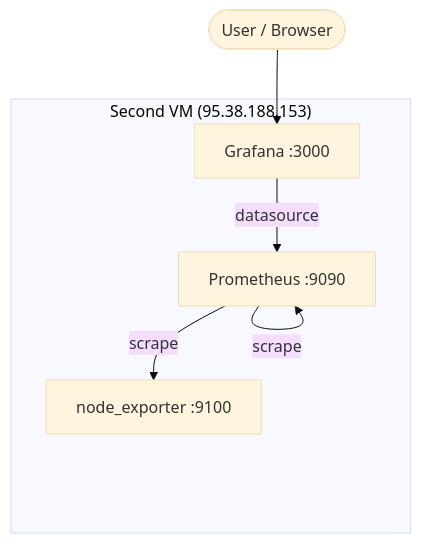
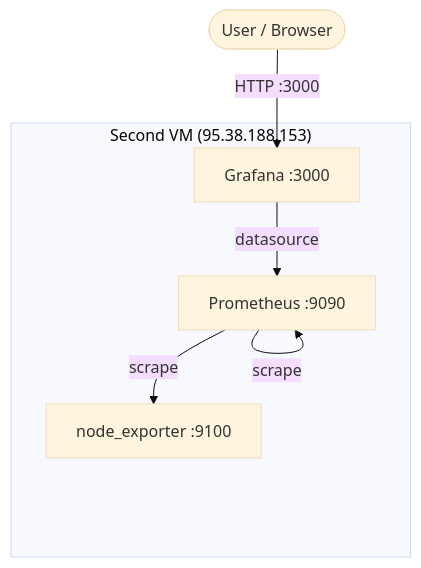
One commit to mahdi-safaeirad/exam-template changed the diagram in README.md. Above: the diagram before and after it, drawn with Mermaid (base theme).

````diff
--- a/README.md
+++ b/README.md
@@ -6,13 +6,10 @@
 ```mermaid
 flowchart TB
+    User([User / Browser]) -->|HTTP :3000| GRAF[Grafana :3000]
+
     subgraph VM["Second VM (95.38.188.153)"]
-        NE[node_exporter :9100]
-        PROM[Prometheus :9090]
-        GRAF[Grafana :3000]
+        GRAF -->|datasource| PROM[Prometheus :9090]
+        PROM -->|scrape| NE[node_exporter :9100]
+        PROM -->|scrape| PROM
     end
-
-    User([User / Browser]) --> GRAF
-    GRAF -->|datasource| PROM
-    PROM -->|scrape| NE
-    PROM -->|scrape| PROM
 ```
````
